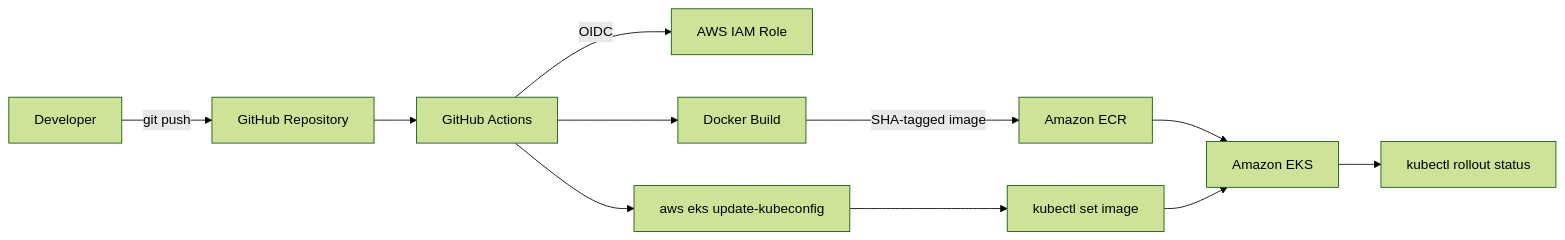
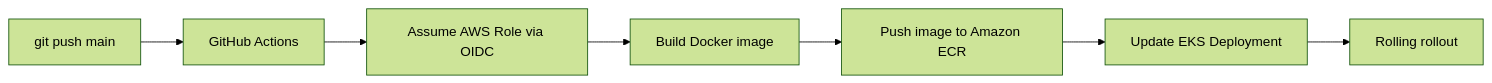
The second of 2 diagrams in README.md (Alexplokhikh/devops-pacman), drawn with Mermaid (forest theme) before and after one commit. The commit also changed other lines of this file and 21 other files, not shown here.

Commit message:
docs: finalize README with architecture, monitoring, and deployment evidence

````diff
--- a/README.md
+++ b/README.md
@@ -116,13 +66,9 @@
-``` mermaid
+```mermaid
 flowchart LR
-    Dev[Developer] -->|git push| GH[GitHub Repository]
-    GH --> Actions[GitHub Actions]
-    Actions -->|OIDC| IAM[AWS IAM Role]
-    Actions --> Build[Docker Build]
-    Build -->|SHA-tagged image| ECR[Amazon ECR]
-    Actions --> Kubeconfig[aws eks update-kubeconfig]
-    Kubeconfig --> Deploy[kubectl set image]
-    ECR --> EKS[Amazon EKS]
-    Deploy --> EKS
-    EKS --> Rollout[kubectl rollout status]
+    A[git push main] --> B[GitHub Actions]
+    B --> C[Assume AWS Role via OIDC]
+    C --> D[Build Docker image]
+    D --> E[Push image to Amazon ECR]
+    E --> F[Update EKS Deployment]
+    F --> G[Rolling rollout]
 ```
````
